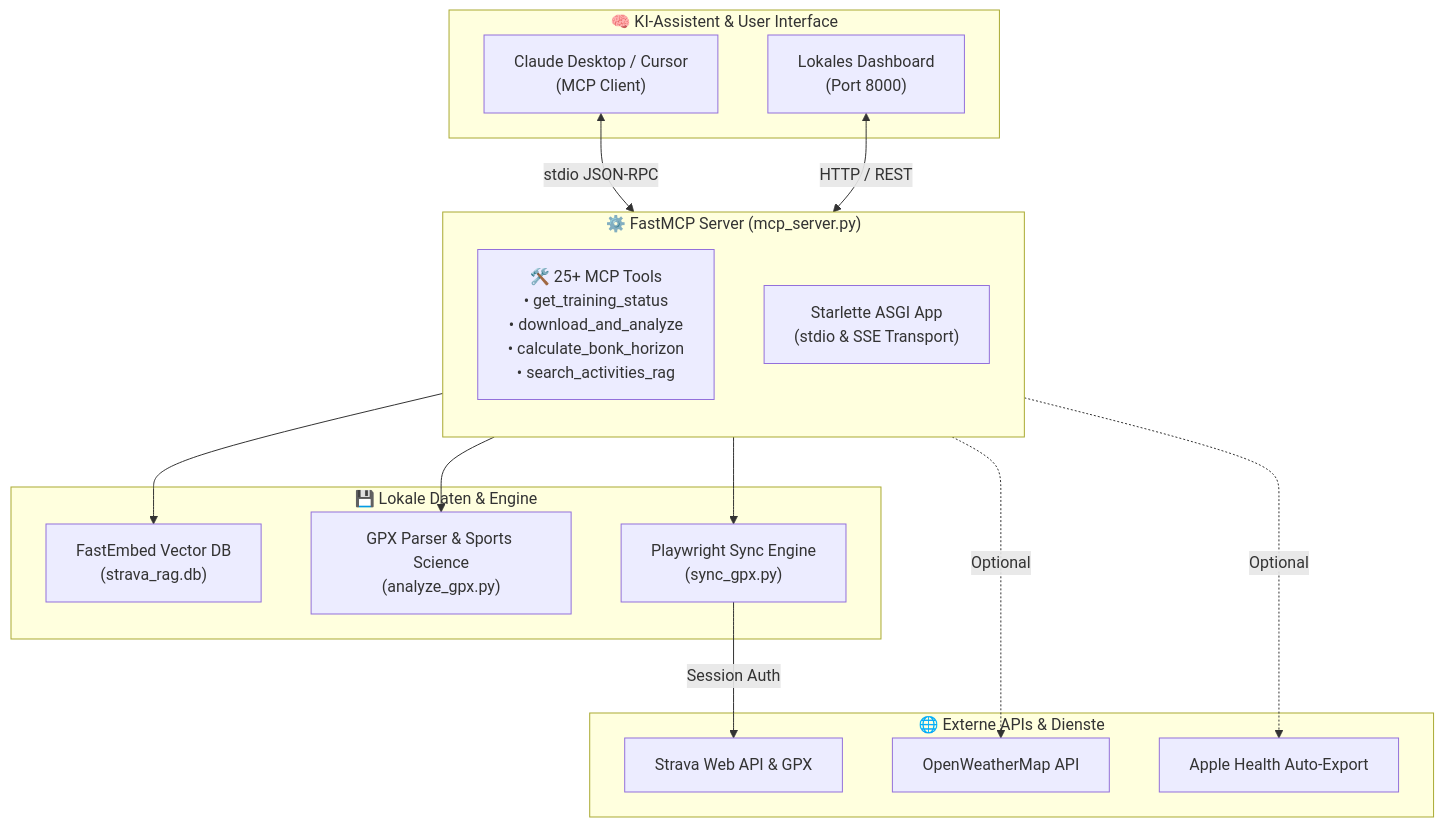
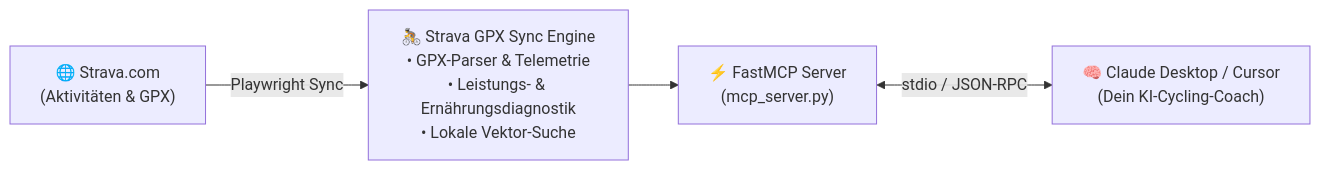
The diagram in README.md (Hannes-frbg/strava-gpx-sync), drawn with Mermaid before and after one commit. The commit also changed other lines of this file and 1 other file, not shown here.

Commit message:
docs: streamline MCP architecture, remove em-dashes, and clarify auth cookie security

````diff
--- a/README.md
+++ b/README.md
@@ -68,34 +57,6 @@
 ```mermaid
-flowchart TD
-    subgraph Client ["🧠 KI-Assistent & User Interface"]
-        CD["Claude Desktop / Cursor<br/>(MCP Client)"]
-        WEB["Lokales Dashboard<br/>(Port 8000)"]
-    end
-
-    subgraph MCP ["⚙️ FastMCP Server (mcp_server.py)"]
-        direction TB
-        TOOLS["🛠️ 25+ MCP Tools<br/>• get_training_status<br/>• download_and_analyze<br/>• calculate_bonk_horizon<br/>• search_activities_rag"]
-        SSE["Starlette ASGI App<br/>(stdio & SSE Transport)"]
-    end
-
-    subgraph Data ["💾 Lokale Daten & Engine"]
-        RAG["FastEmbed Vector DB<br/>(strava_rag.db)"]
-        GPX["GPX Parser & Sports Science<br/>(analyze_gpx.py)"]
-        SYNC["Playwright Sync Engine<br/>(sync_gpx.py)"]
-    end
-
-    subgraph External ["🌐 Externe APIs & Dienste"]
-        STRAVA["Strava Web API & GPX"]
-        WEATHER["OpenWeatherMap API"]
-        HEALTH["Apple Health Auto-Export"]
-    end
-
-    CD <-->|stdio JSON-RPC| TOOLS
-    WEB <-->|HTTP / REST| SSE
-    TOOLS --> GPX
-    TOOLS --> RAG
-    TOOLS --> SYNC
-    SYNC -->|Session Auth| STRAVA
-    TOOLS -.->|Optional| WEATHER
-    TOOLS -.->|Optional| HEALTH
+flowchart LR
+    Strava["🌐 Strava.com<br/>(Aktivitäten & GPX)"] -->|Playwright Sync| Core["🚴 Strava GPX Sync Engine<br/>• GPX-Parser & Telemetrie<br/>• Leistungs- & Ernährungsdiagnostik<br/>• Lokale Vektor-Suche"]
+    Core --> FastMCP["⚡ FastMCP Server<br/>(mcp_server.py)"]
+    FastMCP <-->|stdio / JSON-RPC| Claude["🧠 Claude Desktop / Cursor<br/>(Dein KI-Cycling-Coach)"]
 ```
````
